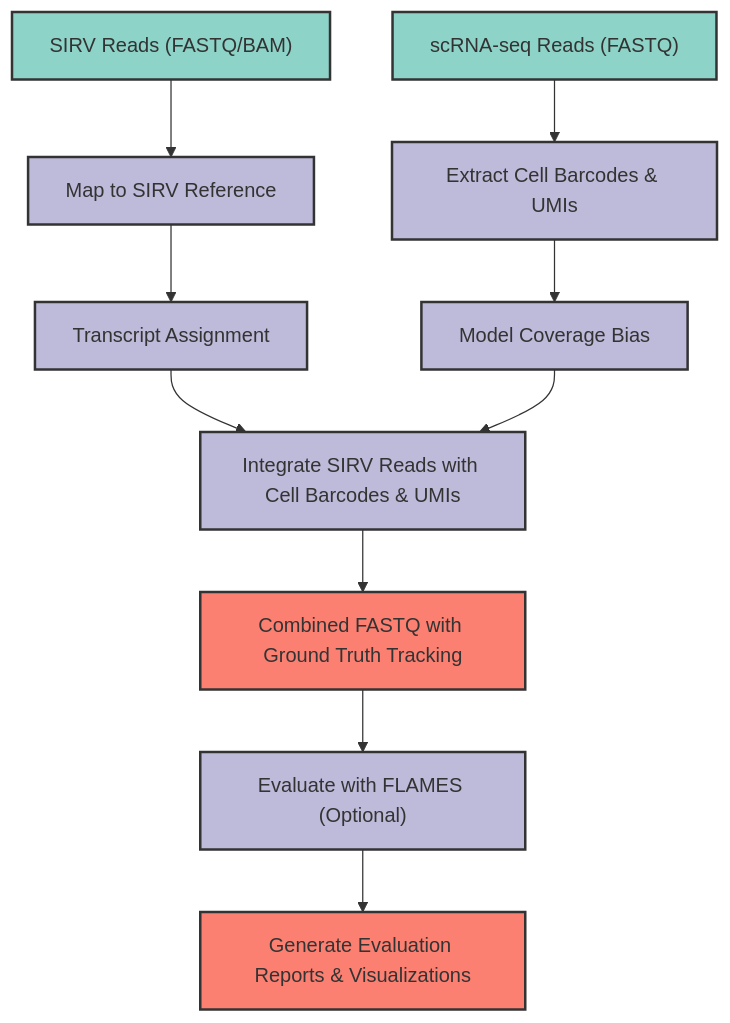
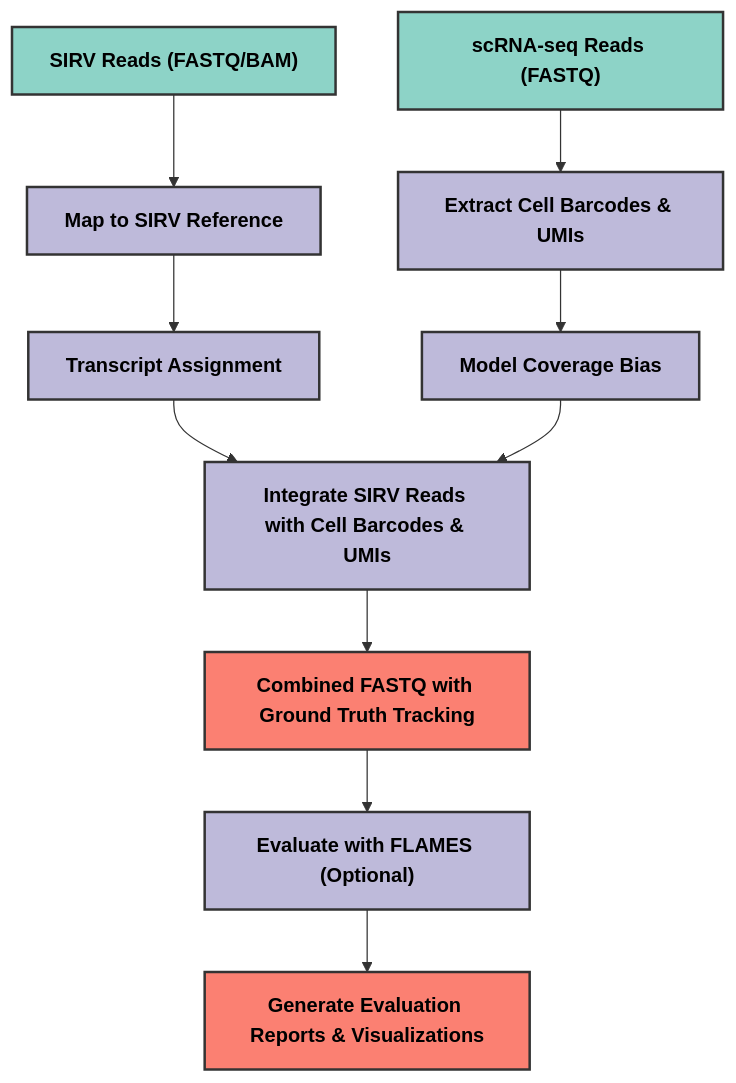
The diagram in README.md (manveerchauhan/sirv-integration-pipeline), drawn with Mermaid before and after one commit.

Commit message:
refining schematic

````diff
--- a/README.md
+++ b/README.md
@@ -251,37 +251,37 @@
 ```mermaid
 flowchart TD
     %% Input files
     SIRV["SIRV Reads (FASTQ/BAM)"] 
     SC["scRNA-seq Reads (FASTQ)"]
     
     %% Processing steps - left branch
     SIRV --> MAP["Map to SIRV Reference"]
     MAP --> TRANS["Transcript Assignment"]
     
     %% Processing steps - right branch
     SC --> CELL["Extract Cell Barcodes & UMIs"]
     CELL --> COV["Model Coverage Bias"]
     
     %% Integration
     TRANS --> INT["Integrate SIRV Reads with Cell Barcodes & UMIs"]
     COV --> INT
     
     %% Output
     INT --> COMB["Combined FASTQ with Ground Truth Tracking"]
     
     %% Evaluation (optional)
     COMB --> EVAL["Evaluate with FLAMES (Optional)"]
     EVAL --> REPORT["Generate Evaluation Reports & Visualizations"]
     
     %% Style nodes by type
-    style SIRV fill:#8DD3C7,stroke:#333,stroke-width:2px
-    style SC fill:#8DD3C7,stroke:#333,stroke-width:2px
-    style MAP fill:#BEBADA,stroke:#333,stroke-width:2px
-    style TRANS fill:#BEBADA,stroke:#333,stroke-width:2px
-    style CELL fill:#BEBADA,stroke:#333,stroke-width:2px
-    style COV fill:#BEBADA,stroke:#333,stroke-width:2px
-    style INT fill:#BEBADA,stroke:#333,stroke-width:2px
-    style EVAL fill:#BEBADA,stroke:#333,stroke-width:2px
-    style COMB fill:#FB8072,stroke:#333,stroke-width:2px
-    style REPORT fill:#FB8072,stroke:#333,stroke-width:2px
+    style SIRV fill:#8DD3C7,stroke:#333,stroke-width:2px,color:black,font-weight:bold
+    style SC fill:#8DD3C7,stroke:#333,stroke-width:2px,color:black,font-weight:bold
+    style MAP fill:#BEBADA,stroke:#333,stroke-width:2px,color:black,font-weight:bold
+    style TRANS fill:#BEBADA,stroke:#333,stroke-width:2px,color:black,font-weight:bold
+    style CELL fill:#BEBADA,stroke:#333,stroke-width:2px,color:black,font-weight:bold
+    style COV fill:#BEBADA,stroke:#333,stroke-width:2px,color:black,font-weight:bold
+    style INT fill:#BEBADA,stroke:#333,stroke-width:2px,color:black,font-weight:bold
+    style EVAL fill:#BEBADA,stroke:#333,stroke-width:2px,color:black,font-weight:bold
+    style COMB fill:#FB8072,stroke:#333,stroke-width:2px,color:black,font-weight:bold
+    style REPORT fill:#FB8072,stroke:#333,stroke-width:2px,color:black,font-weight:bold
 ```
````
